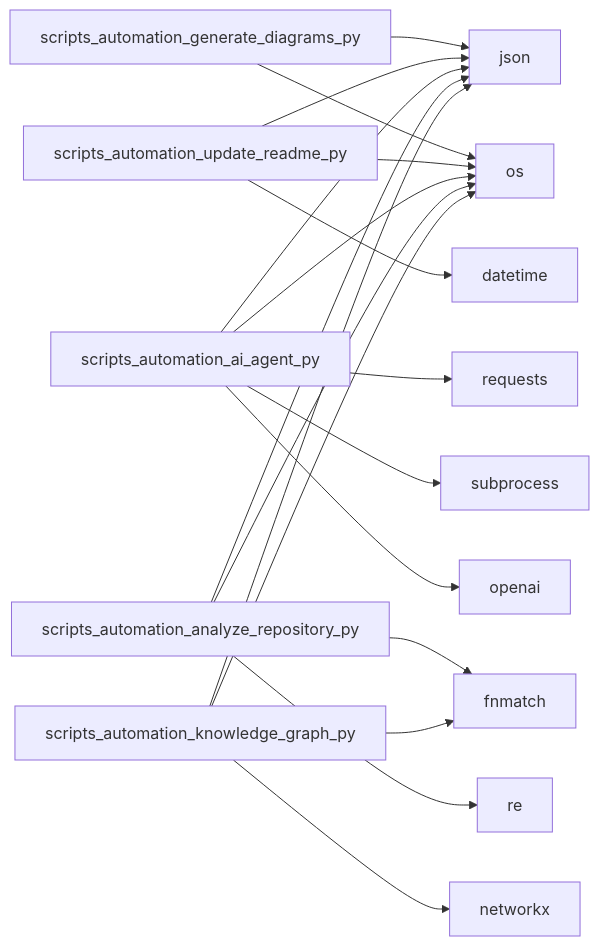
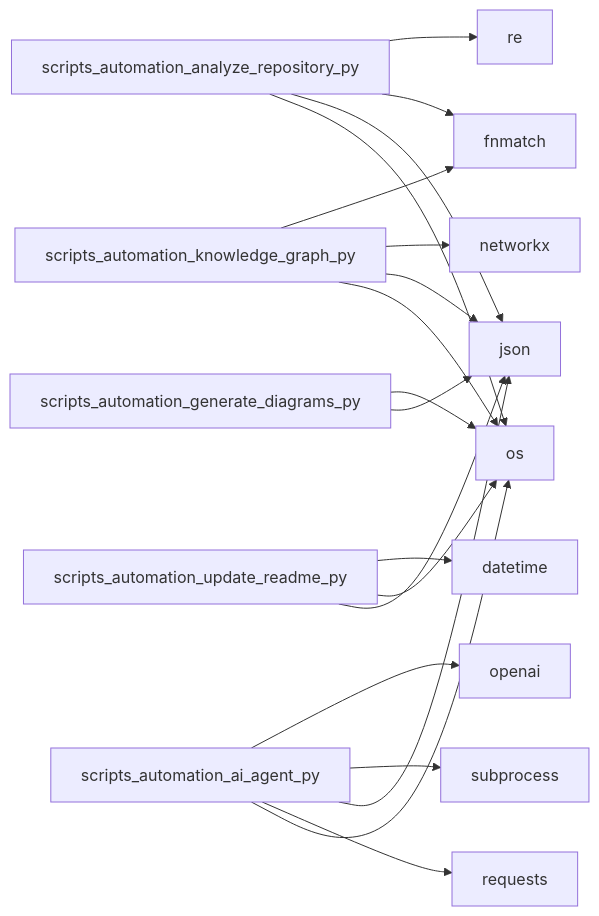
Before and after one commit to NITISH-R-G/FUTURE_DS_01: the second of 2 diagrams in README.md, drawn with Mermaid. The commit also changed other lines of this file and 3 other files, not shown here.

Commit message:
docs: auto-update repository state and diagrams [skip auto]

````diff
--- a/README.md
+++ b/README.md
@@ -39,21 +39,21 @@
 ```mermaid
 graph LR;
-    scripts_automation_generate_diagrams_py --> json;
-    scripts_automation_generate_diagrams_py --> os;
+    scripts_automation_knowledge_graph_py --> os;
+    scripts_automation_knowledge_graph_py --> json;
+    scripts_automation_knowledge_graph_py --> networkx;
+    scripts_automation_knowledge_graph_py --> fnmatch;
     scripts_automation_update_readme_py --> json;
     scripts_automation_update_readme_py --> os;
     scripts_automation_update_readme_py --> datetime;
     scripts_automation_ai_agent_py --> os;
     scripts_automation_ai_agent_py --> requests;
     scripts_automation_ai_agent_py --> json;
     scripts_automation_ai_agent_py --> subprocess;
     scripts_automation_ai_agent_py --> openai;
+    scripts_automation_generate_diagrams_py --> json;
+    scripts_automation_generate_diagrams_py --> os;
     scripts_automation_analyze_repository_py --> os;
     scripts_automation_analyze_repository_py --> json;
     scripts_automation_analyze_repository_py --> fnmatch;
     scripts_automation_analyze_repository_py --> re;
-    scripts_automation_knowledge_graph_py --> os;
-    scripts_automation_knowledge_graph_py --> json;
-    scripts_automation_knowledge_graph_py --> networkx;
-    scripts_automation_knowledge_graph_py --> fnmatch;
 ```
````
